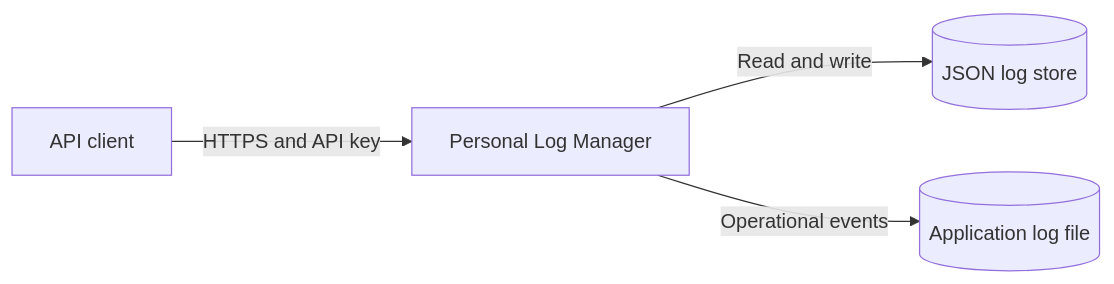
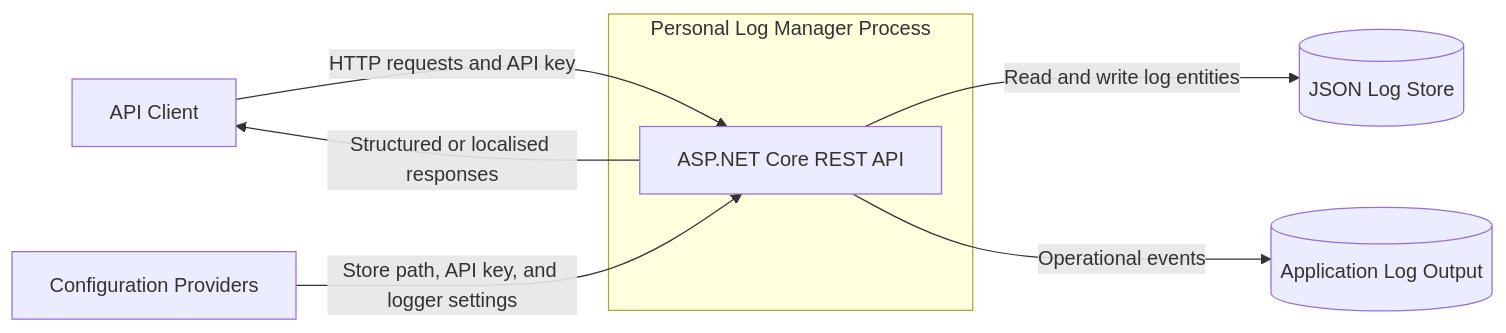
Before and after one commit to hmlendea/personal-log-manager: the first of 8 diagrams in ARCHITECTURE.md, drawn with Mermaid. The commit also changed other lines of this file, not shown here.

Commit message:
architecture: Updated the md

````diff
--- a/ARCHITECTURE.md
+++ b/ARCHITECTURE.md
@@ -18,11 +49,18 @@
 ```mermaid
 flowchart LR
-    Client[API client]
-    API[Personal Log Manager]
-    Store[(JSON log store)]
-    LogFile[(Application log file)]
+    Client[API Client]
+    Configuration[Configuration Providers]
 
-    Client -->|HTTPS and API key| API
-    API -->|Read and write| Store
-    API -->|Operational events| LogFile
+    subgraph Process[Personal Log Manager Process]
+        API[ASP.NET Core REST API]
+    end
+
+    Store[(JSON Log Store)]
+    LogOutput[(Application Log Output)]
+
+    Client -->|HTTP requests and API key| API
+    API -->|Structured or localised responses| Client
+    Configuration -->|Store path, API key, and logger settings| API
+    API -->|Read and write log entities| Store
+    API -->|Operational events| LogOutput
 ```
````
